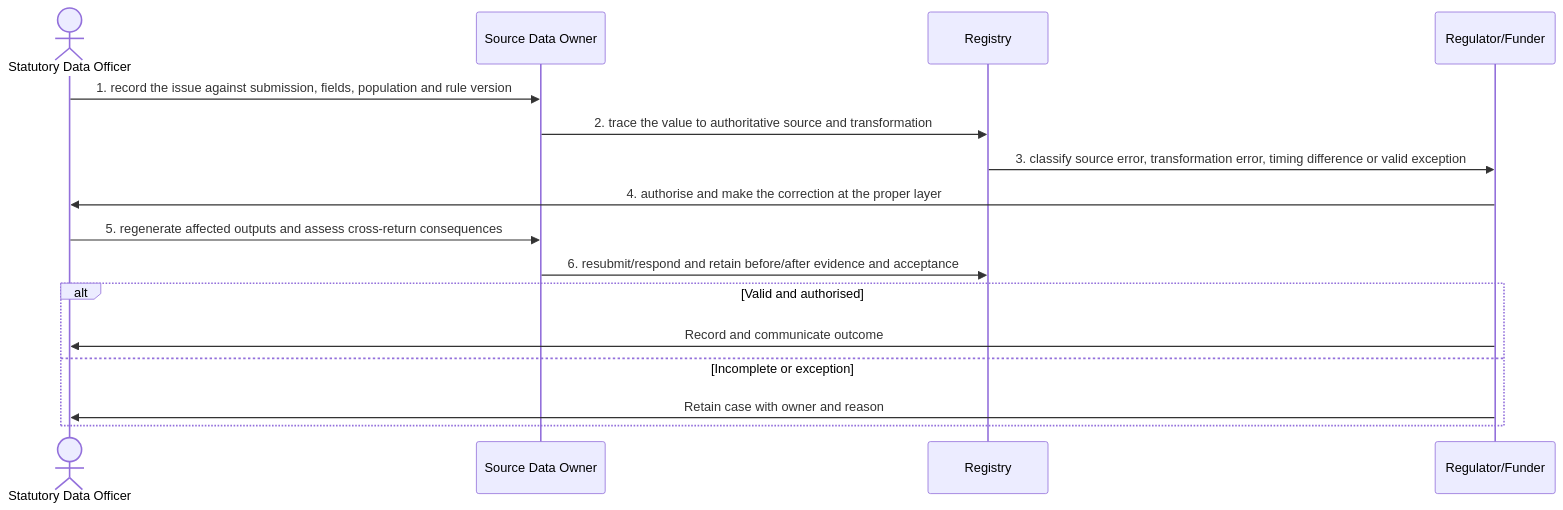
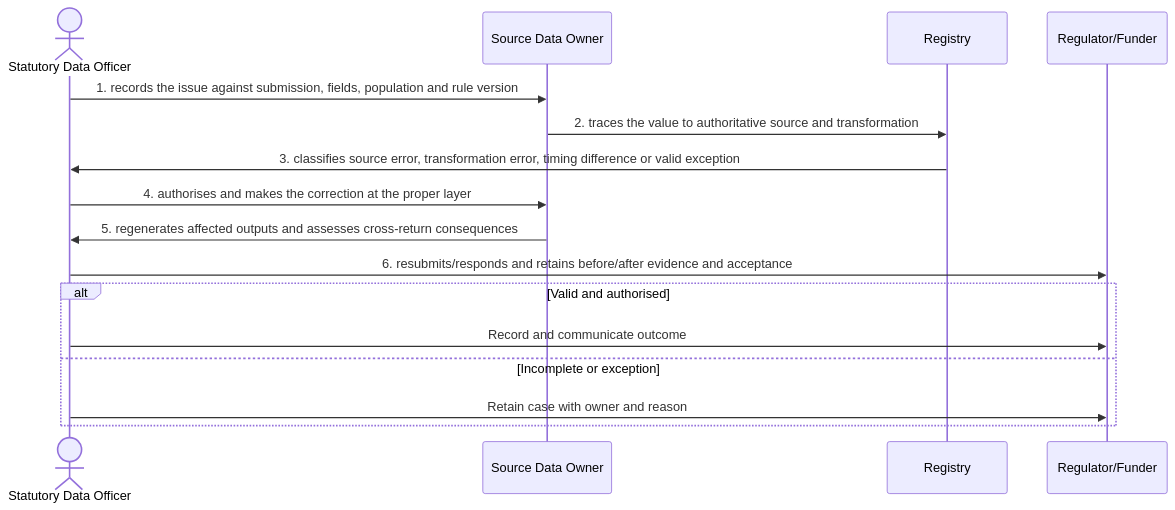
One commit to RevelationCore/Revelation-SRS changed the diagram in docs/business-processes/07-regulatory-and-statutory-reporting/bp-07-008-resolve-a-statutory-submission-data-quality-issue.md. Above: the diagram before and after it, drawn with Mermaid. The commit also changed other lines of this file and 96 other files, not shown here.

````diff
--- a/docs/business-processes/07-regulatory-and-statutory-reporting/bp-07-008-resolve-a-statutory-submission-data-quality-issue.md
+++ b/docs/business-processes/07-regulatory-and-statutory-reporting/bp-07-008-resolve-a-statutory-submission-data-quality-issue.md
@@ -158,18 +158,18 @@
 ```mermaid
 sequenceDiagram
     actor A1 as Statutory Data Officer
     participant A2 as Source Data Owner
     participant A3 as Registry
     participant A4 as Regulator/Funder
-    A1->>A2: 1. record the issue against submission, fields, population and rule version
-    A2->>A3: 2. trace the value to authoritative source and transformation
-    A3->>A4: 3. classify source error, transformation error, timing difference or valid exception
-    A4->>A1: 4. authorise and make the correction at the proper layer
-    A1->>A2: 5. regenerate affected outputs and assess cross-return consequences
-    A2->>A3: 6. resubmit/respond and retain before/after evidence and acceptance
+    A1->>A2: 1. records the issue against submission, fields, population and rule version
+    A2->>A3: 2. traces the value to authoritative source and transformation
+    A3->>A1: 3. classifies source error, transformation error, timing difference or valid exception
+    A1->>A2: 4. authorises and makes the correction at the proper layer
+    A2->>A1: 5. regenerates affected outputs and assesses cross-return consequences
+    A1->>A4: 6. resubmits/responds and retains before/after evidence and acceptance
     alt Valid and authorised
-        A4->>A1: Record and communicate outcome
+        A1->>A4: Record and communicate outcome
     else Incomplete or exception
-        A4->>A1: Retain case with owner and reason
+        A1->>A4: Retain case with owner and reason
     end
 ```
````
